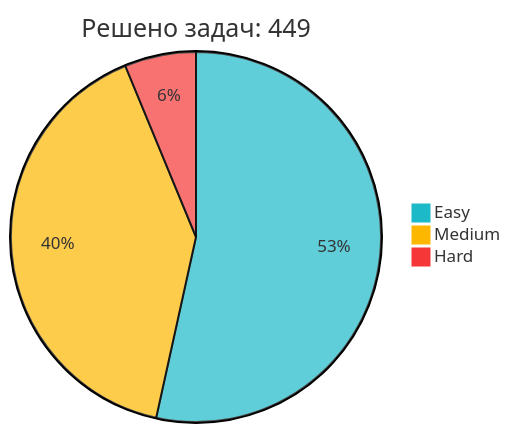
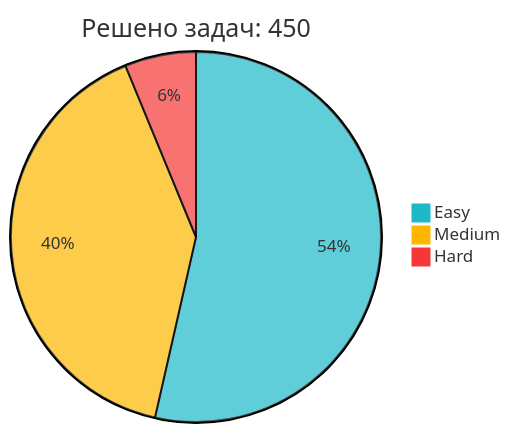
Before and after one commit to IliaKurdukov/IliaKurdukov: the diagram in README.md, drawn with Mermaid. The commit also changed other lines of this file, not shown here.

Commit message:
📈 Обновление статистики LeetCode

````diff
--- a/README.md
+++ b/README.md
@@ -51,7 +51,7 @@
 ```mermaid
 %%{init: {'theme': 'base', 'themeVariables': { 'pie1': '#1CBAC8', 'pie2': '#FEB700', 'pie3': '#F63737' }, 'config': {'width': 300, 'height': 200}}}%%
-pie title Решено задач: 449
-   "Easy" : 240
+pie title Решено задач: 450
+   "Easy" : 241
    "Medium" : 181
    "Hard" : 28
 ```
````
